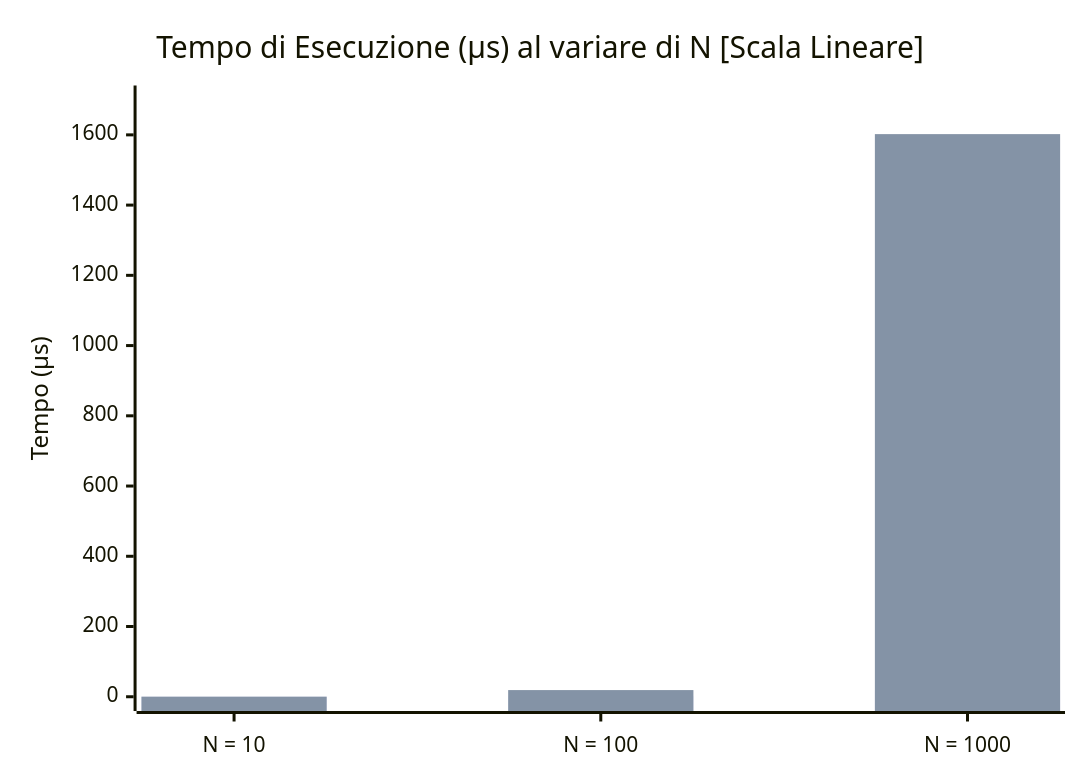
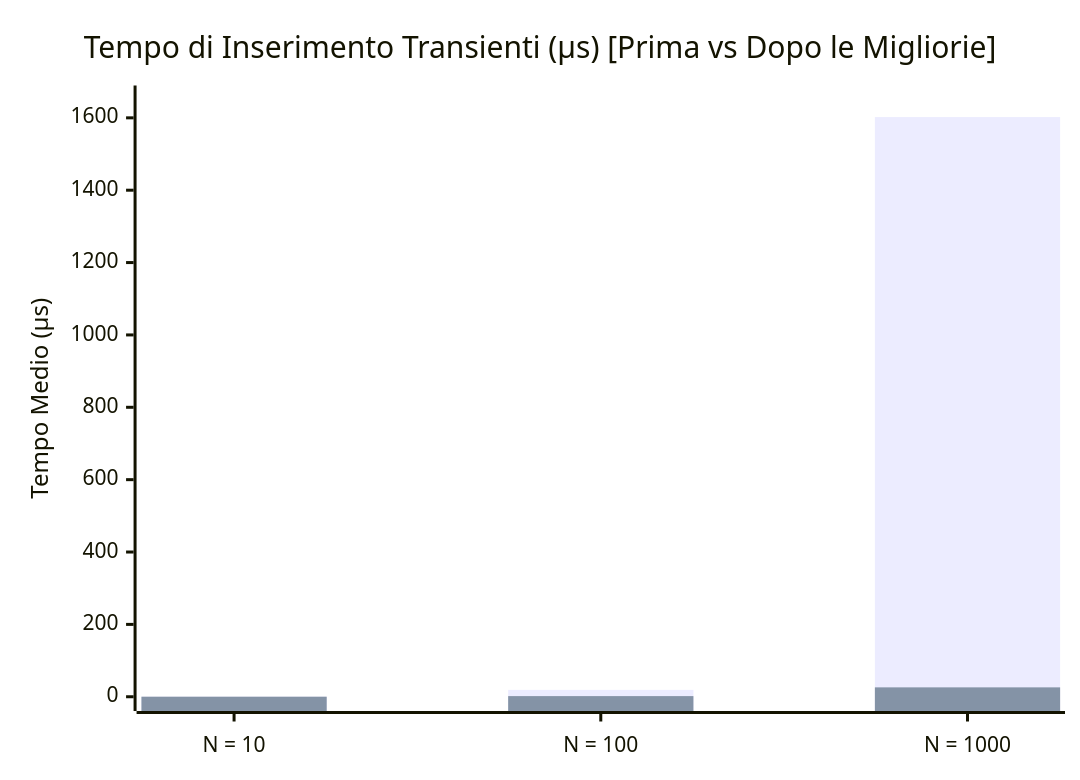
One commit to GiuseppePastena23/GreenBottle changed the first of 2 diagrams in benchmarks_results/report/report.md. Above: the diagram before and after it, drawn with Mermaid. The commit also changed other lines of this file and 12 other files, not shown here.

````diff
--- a/benchmarks_results/report/report.md
+++ b/benchmarks_results/report/report.md
@@ -224,8 +166,8 @@
 ```mermaid
 xychart-beta
-    title "Tempo di Esecuzione (µs) al variare di N [Scala Lineare]"
+    title "Tempo di Inserimento Transienti (µs) [Prima vs Dopo le Migliorie]"
     x-axis ["N = 10", "N = 100", "N = 1000"]
-    y-axis "Tempo (µs)" 0 --> 1700
-    bar [0.12, 1.62, 18.07]
+    y-axis "Tempo Medio (µs)" 0 --> 1650
     bar [0.25, 19.00, 1602.14]
+    bar [0.12, 1.77, 25.94]
 ```
````
